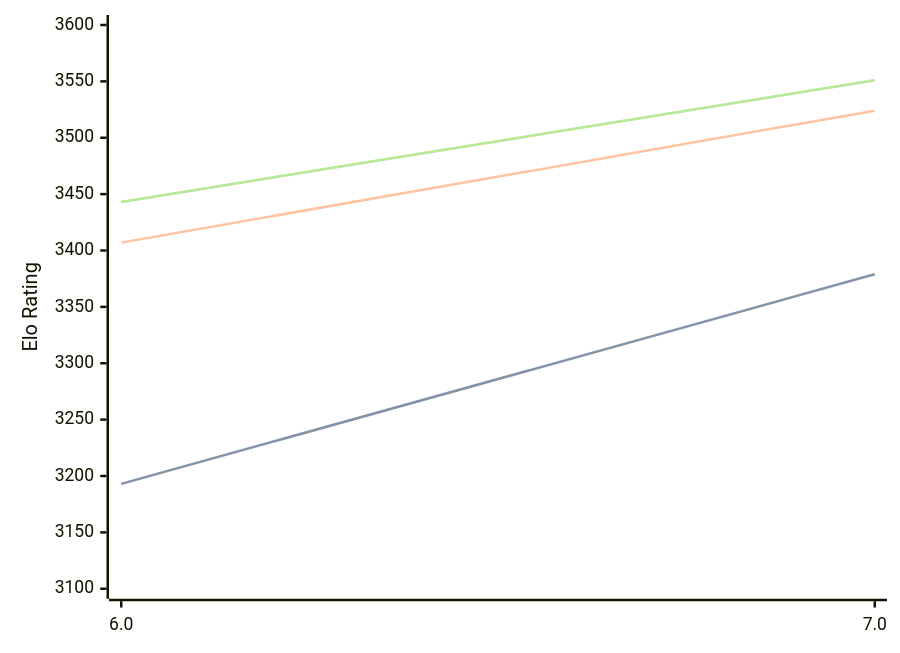
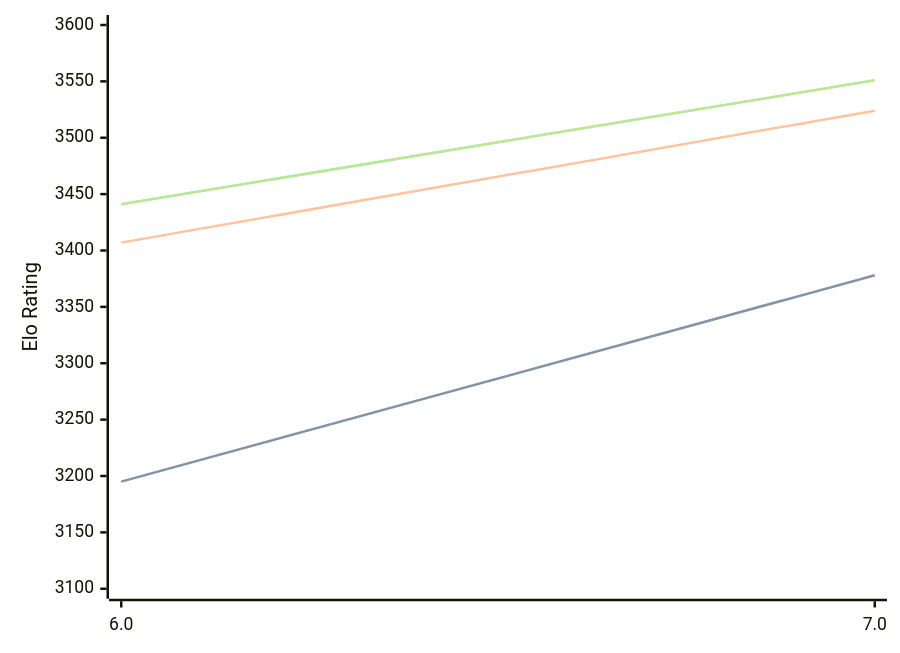
The diagram in engines/Devre.md (computer-chess-index/cci), drawn with Mermaid before and after one commit. The commit also changed other lines of this file, not shown here.

Commit message:
Update CCI Ratings (ELO VLTC) - 2026-09-11

````diff
--- a/engines/Devre.md
+++ b/engines/Devre.md
@@ -32,11 +32,11 @@
 ```mermaid
 %%{init: {"theme":"base","themeVariables":{"seriesColors:['#a3a3a3','#222221','#faa371']}}}%%
 xychart-beta
   x-axis ["6.0", "7.0"]
   y-axis "Elo Rating" 3100 --> 3600
-  line "" [3193, 3379]
-  line "STC (8.0+0.08s)" [3193, 3379]
+  line "" [3195, 3378]
+  line "STC (8.0+0.08s)" [3195, 3378]
   line "LTC (60.0+0.60s)" [3407, 3524]
-  line "" [3443, 3551]
-  line "VLTC (2m24s+1.12s)" [3443, 3551]
+  line "" [3441, 3551]
+  line "VLTC (2m24s+1.12s)" [3441, 3551]
 ```
````
